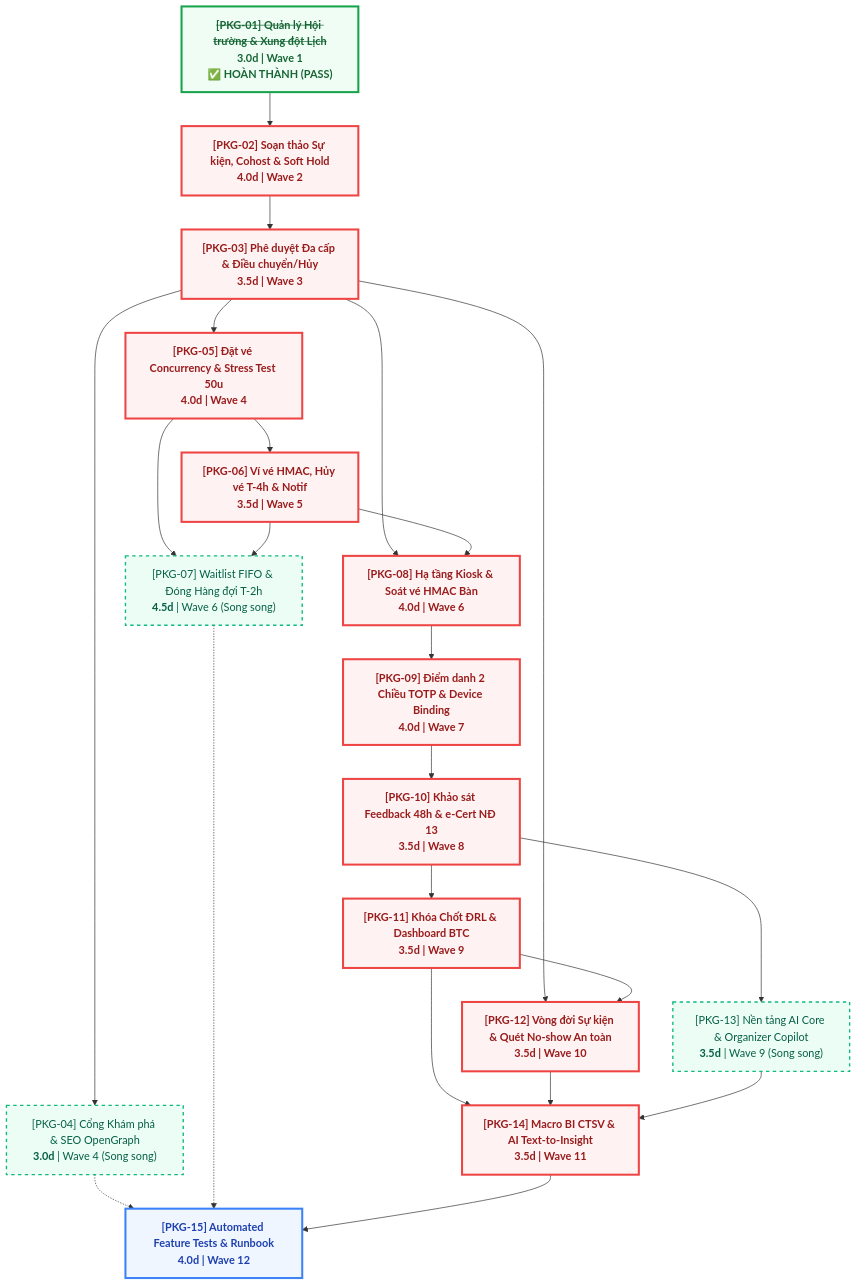
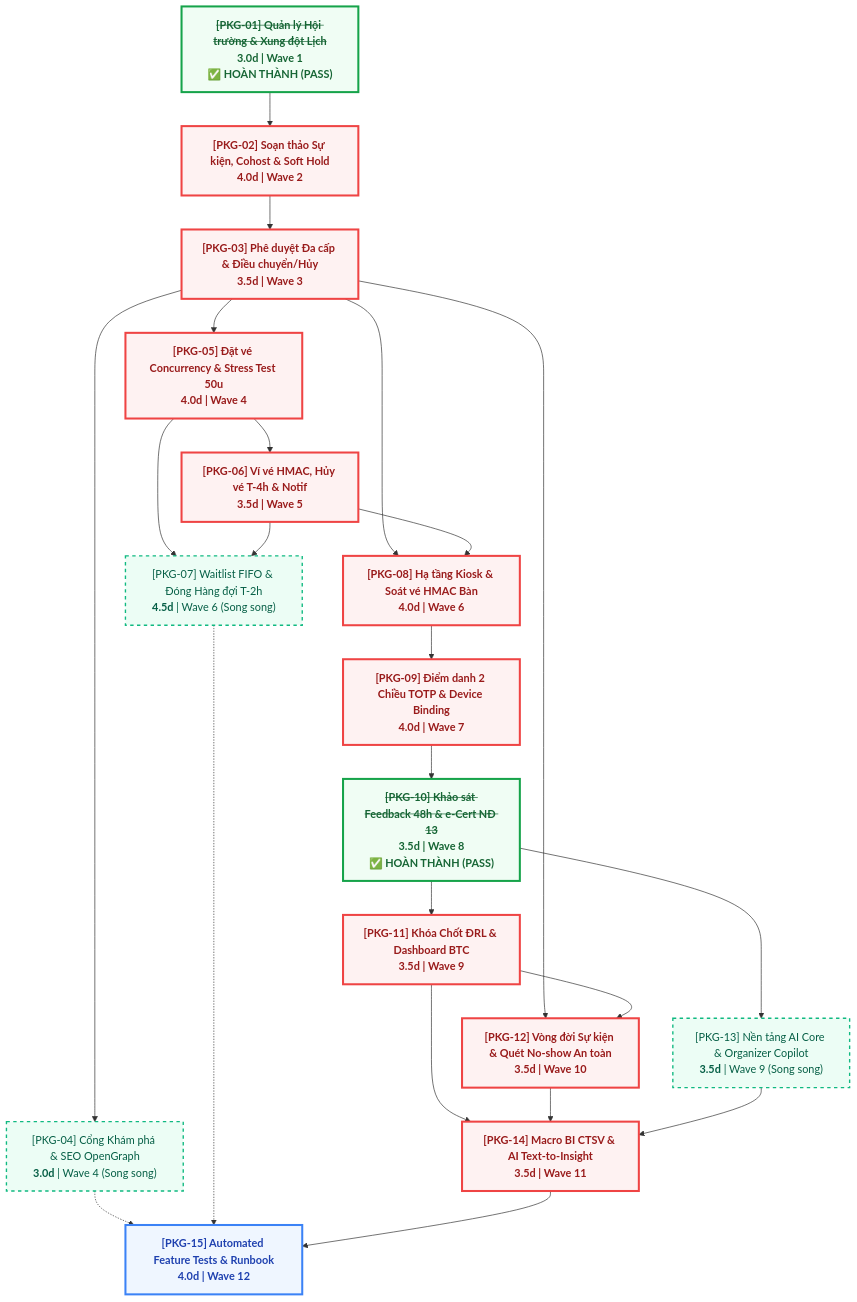
The diagram in docs/plans/Phase_2_Work_Packages.md (tuannba241006/CEHMainProject), drawn with Mermaid before and after one commit. The commit also changed other lines of this file and 12 other files, not shown here.

Commit message:
feat(pkg-10): implement feedback 48h survey and e-certificate hmac module

````diff
--- a/docs/plans/Phase_2_Work_Packages.md
+++ b/docs/plans/Phase_2_Work_Packages.md
@@ -102,63 +102,63 @@
 ```mermaid
 flowchart TD
     %% Node Styling Definitions
     classDef criticalPath fill:#fef2f2,stroke:#ef4444,stroke-width:3px,color:#991b1b,font-weight:bold;
     classDef parallelTrack fill:#ecfdf5,stroke:#10b981,stroke-width:2px,stroke-dasharray: 5 5,color:#065f46;
     classDef finalHarness fill:#eff6ff,stroke:#3b82f6,stroke-width:3px,color:#1e40af,font-weight:bold;
     classDef completed fill:#f0fdf4,stroke:#16a34a,stroke-width:3px,color:#166534,font-weight:bold;
 
     %% Work Packages Nodes
     PKG01["<s>[PKG-01] Quản lý Hội trường & Xung đột Lịch</s><br/><b>3.0d</b> | Wave 1<br/>✅ <b>HOÀN THÀNH (PASS)</b>"]:::completed
     PKG02["[PKG-02] Soạn thảo Sự kiện, Cohost & Soft Hold<br/><b>4.0d</b> | Wave 2"]:::criticalPath
     PKG03["[PKG-03] Phê duyệt Đa cấp & Điều chuyển/Hủy<br/><b>3.5d</b> | Wave 3"]:::criticalPath
 
     PKG04["[PKG-04] Cổng Khám phá & SEO OpenGraph<br/><b>3.0d</b> | Wave 4 (Song song)"]:::parallelTrack
     PKG05["[PKG-05] Đặt vé Concurrency & Stress Test 50u<br/><b>4.0d</b> | Wave 4"]:::criticalPath
 
     PKG06["[PKG-06] Ví vé HMAC, Hủy vé T-4h & Notif<br/><b>3.5d</b> | Wave 5"]:::criticalPath
     PKG07["[PKG-07] Waitlist FIFO & Đóng Hàng đợi T-2h<br/><b>4.5d</b> | Wave 6 (Song song)"]:::parallelTrack
     PKG08["[PKG-08] Hạ tầng Kiosk & Soát vé HMAC Bàn<br/><b>4.0d</b> | Wave 6"]:::criticalPath
 
     PKG09["[PKG-09] Điểm danh 2 Chiều TOTP & Device Binding<br/><b>4.0d</b> | Wave 7"]:::criticalPath
-    PKG10["[PKG-10] Khảo sát Feedback 48h & e-Cert NĐ 13<br/><b>3.5d</b> | Wave 8"]:::criticalPath
+    PKG10["<s>[PKG-10] Khảo sát Feedback 48h & e-Cert NĐ 13</s><br/><b>3.5d</b> | Wave 8<br/>✅ <b>HOÀN THÀNH (PASS)</b>"]:::completed
 
     PKG11["[PKG-11] Khóa Chốt ĐRL & Dashboard BTC<br/><b>3.5d</b> | Wave 9"]:::criticalPath
     PKG12["[PKG-12] Vòng đời Sự kiện & Quét No-show An toàn<br/><b>3.5d</b> | Wave 10"]:::criticalPath
 
     PKG13["[PKG-13] Nền tảng AI Core & Organizer Copilot<br/><b>3.5d</b> | Wave 9 (Song song)"]:::parallelTrack
     PKG14["[PKG-14] Macro BI CTSV & AI Text-to-Insight<br/><b>3.5d</b> | Wave 11"]:::criticalPath
 
     PKG15["[PKG-15] Automated Feature Tests & Runbook<br/><b>4.0d</b> | Wave 12"]:::finalHarness
 
     %% Edges (Dependencies)
     PKG01 --> PKG02
     PKG02 --> PKG03
 
     PKG03 --> PKG04
     PKG03 --> PKG05
 
     PKG05 --> PKG06
 
     PKG05 --> PKG07
     PKG06 --> PKG07
 
     PKG03 --> PKG08
     PKG06 --> PKG08
 
     PKG08 --> PKG09
     PKG09 --> PKG10
 
     PKG10 --> PKG11
     PKG10 --> PKG13
 
     PKG03 --> PKG12
     PKG11 --> PKG12
 
     PKG11 --> PKG14
     PKG12 --> PKG14
     PKG13 --> PKG14
 
     PKG04 -.-> PKG15
     PKG07 -.-> PKG15
     PKG14 --> PKG15
 ```
````
